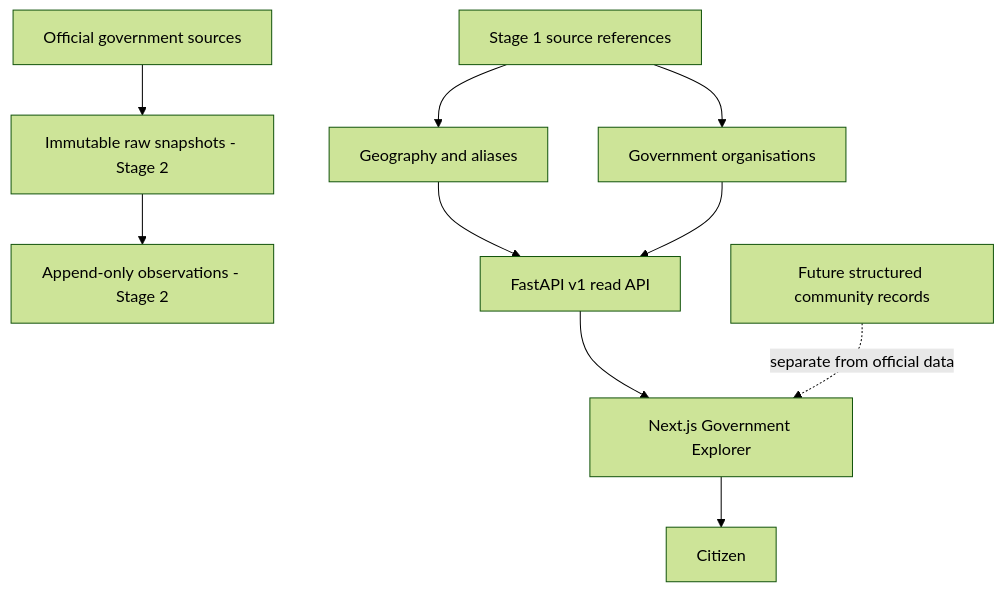
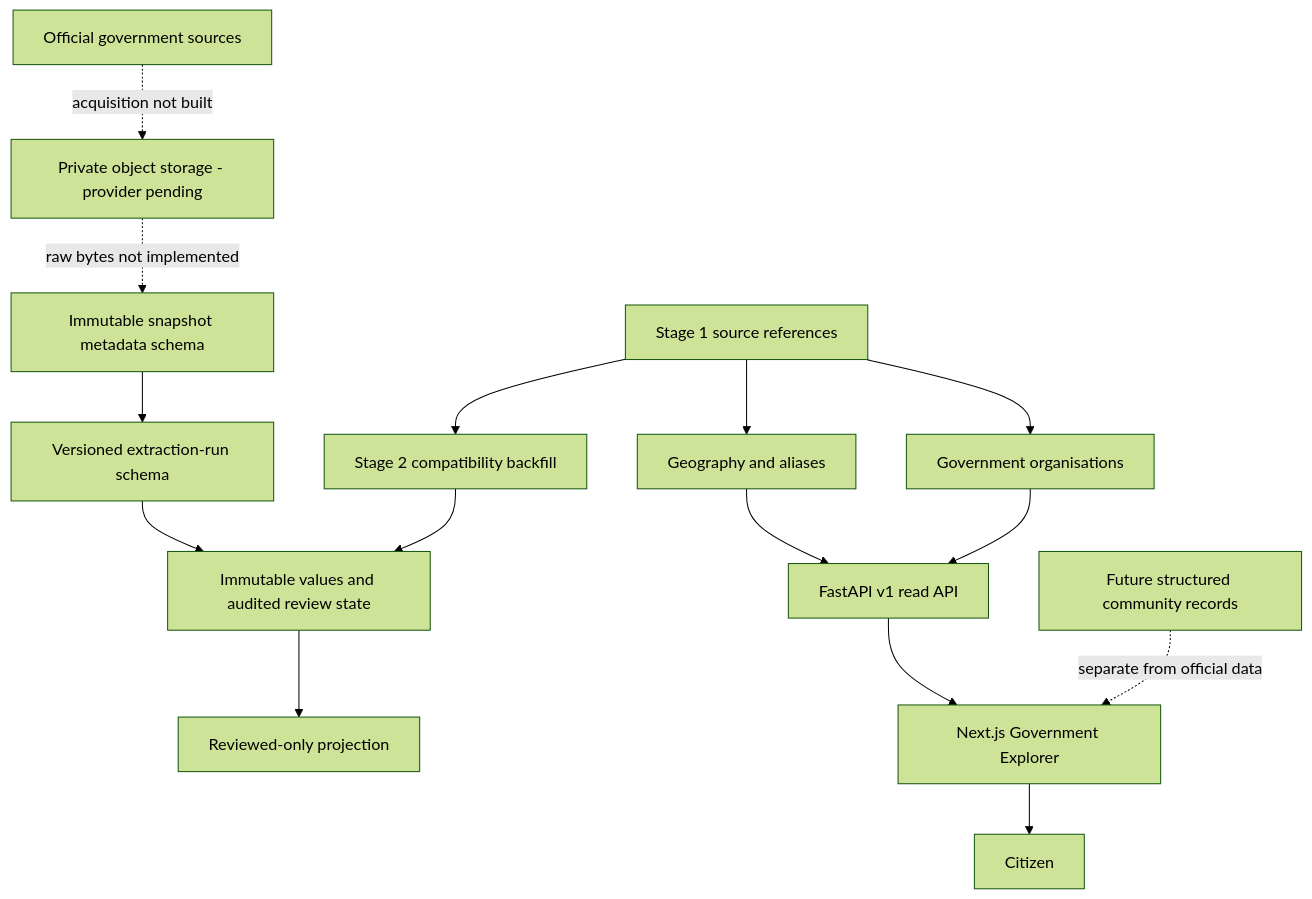
One commit to Ravindra2377/POI changed the diagram in DEVELOPMENT.md. Above: the diagram before and after it, drawn with Mermaid (forest theme). The commit also changed other lines of this file and 117 other files, not shown here.

````diff
--- a/DEVELOPMENT.md
+++ b/DEVELOPMENT.md
@@ -218,12 +232,17 @@
 ```mermaid
 flowchart TD
-  Sources[Official government sources] --> FutureRaw[Immutable raw snapshots - Stage 2]
-  FutureRaw --> FutureObs[Append-only observations - Stage 2]
-  SourceBridge[Stage 1 source references] --> Geography[Geography and aliases]
+  Sources[Official government sources] -. acquisition not built .-> ObjectStore[Private object storage - provider pending]
+  ObjectStore -. raw bytes not implemented .-> Snapshots[Immutable snapshot metadata schema]
+  Snapshots --> Extractions[Versioned extraction-run schema]
+  Extractions --> Observations[Immutable values and audited review state]
+  Observations --> ReviewedProjection[Reviewed-only projection]
+  SourceBridge[Stage 1 source references] --> Compatibility[Stage 2 compatibility backfill]
+  Compatibility --> Observations
+  SourceBridge --> Geography[Geography and aliases]
   SourceBridge --> Government[Government organisations]
   Geography --> API[FastAPI v1 read API]
   Government --> API
   API --> Explorer[Next.js Government Explorer]
   Explorer --> Citizen[Citizen]
   FutureCommunity[Future structured community records] -. separate from official data .-> Explorer
 ```
````
